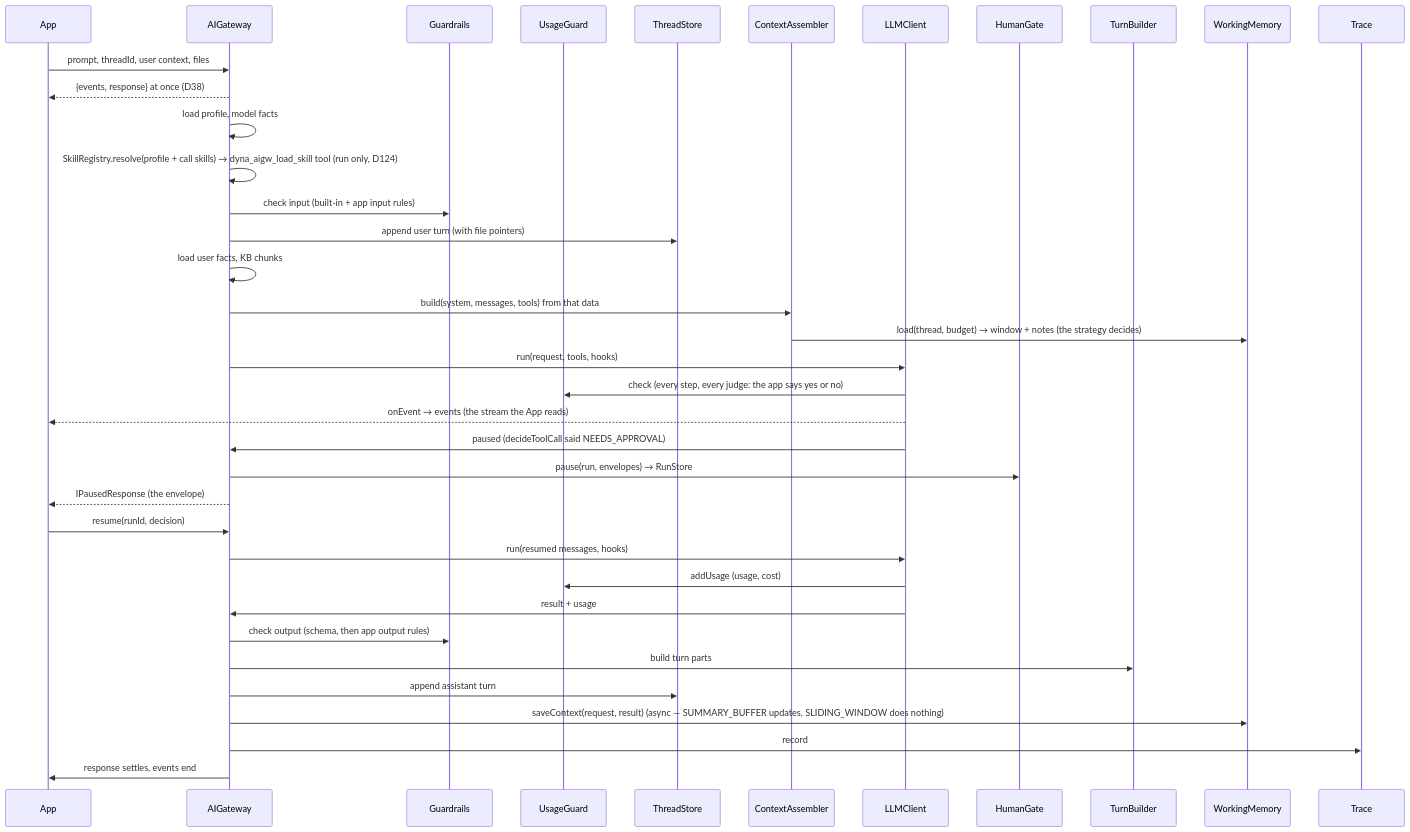
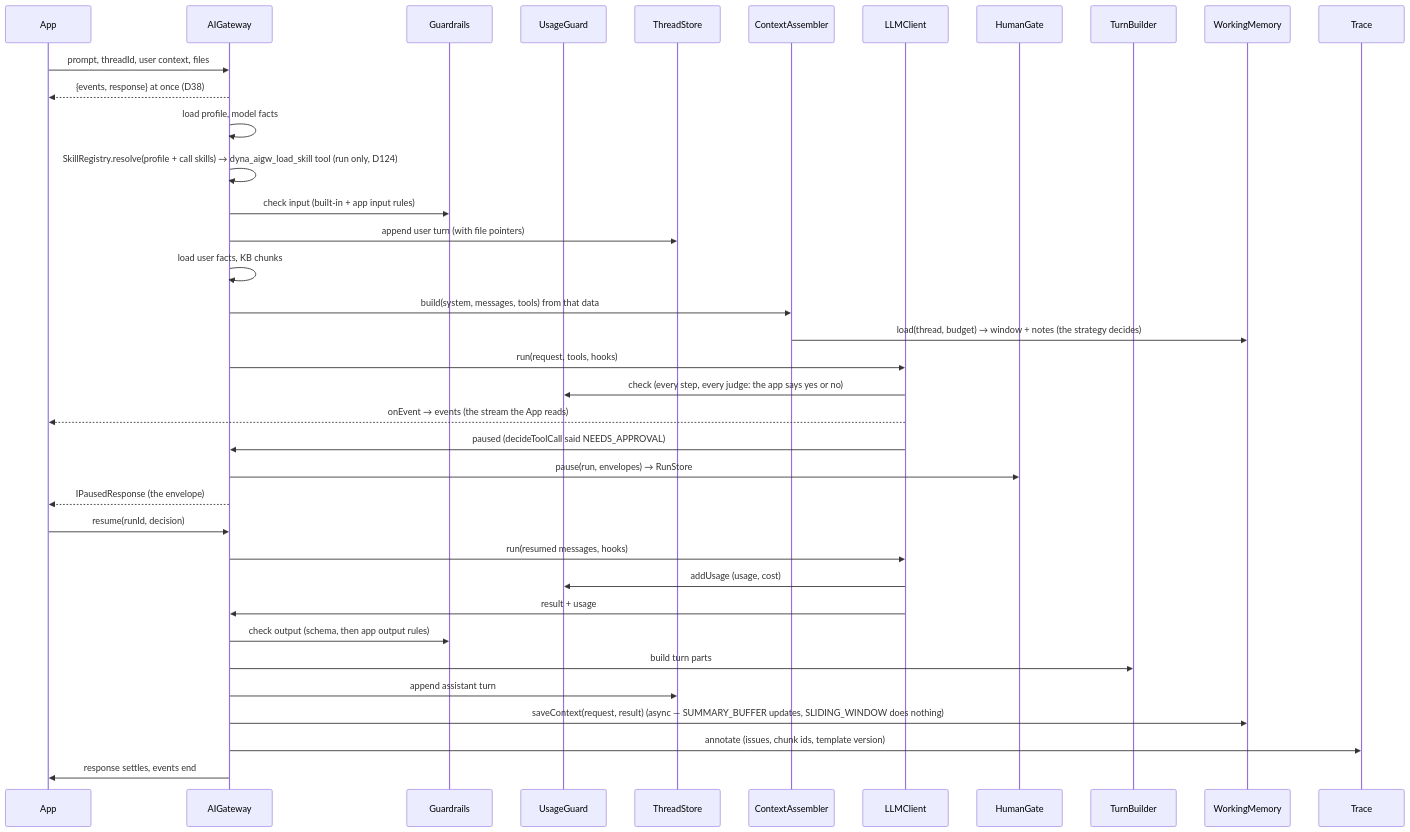
The ninth of 9 diagrams in docs/60-architecture/00-blueprint-classes-and-connections.md (aneldev/dyna-ai-gateway), drawn with Mermaid before and after one commit. The commit also changed other lines of this file and 82 other files, not shown here.

````diff
--- a/docs/60-architecture/00-blueprint-classes-and-connections.md
+++ b/docs/60-architecture/00-blueprint-classes-and-connections.md
@@ -292,40 +304,40 @@
 ```mermaid
 sequenceDiagram
   participant App
   participant GW as AIGateway
   participant GR as Guardrails
   participant UG as UsageGuard
   participant TS as ThreadStore
   participant CA as ContextAssembler
   participant DR as LLMClient
   participant HG as HumanGate
   participant TB as TurnBuilder
   participant WM as WorkingMemory
   participant TRC as Trace
 
   App->>GW: prompt, threadId, user context, files
   GW-->>App: {events, response} at once (D38)
   GW->>GW: load profile, model facts
   GW->>GW: SkillRegistry.resolve(profile + call skills) → dyna_aigw_load_skill tool (run only, D124)
   GW->>GR: check input (built-in + app input rules)
   GW->>TS: append user turn (with file pointers)
   GW->>GW: load user facts, KB chunks
   GW->>CA: build(system, messages, tools) from that data
   CA->>WM: load(thread, budget) → window + notes (the strategy decides)
   GW->>DR: run(request, tools, hooks)
   DR->>UG: check (every step, every judge: the app says yes or no)
   DR-->>App: onEvent → events (the stream the App reads)
   DR->>GW: paused (decideToolCall said NEEDS_APPROVAL)
   GW->>HG: pause(run, envelopes) → RunStore
   GW-->>App: IPausedResponse (the envelope)
   App->>GW: resume(runId, decision)
   GW->>DR: run(resumed messages, hooks)
   DR->>UG: addUsage (usage, cost)
   DR->>GW: result + usage
   GW->>GR: check output (schema, then app output rules)
   GW->>TB: build turn parts
   GW->>TS: append assistant turn
   GW->>WM: saveContext(request, result) (async — SUMMARY_BUFFER updates, SLIDING_WINDOW does nothing)
-  GW->>TRC: record
+  GW->>TRC: annotate (issues, chunk ids, template version)
   GW->>App: response settles, events end
 ```
````
